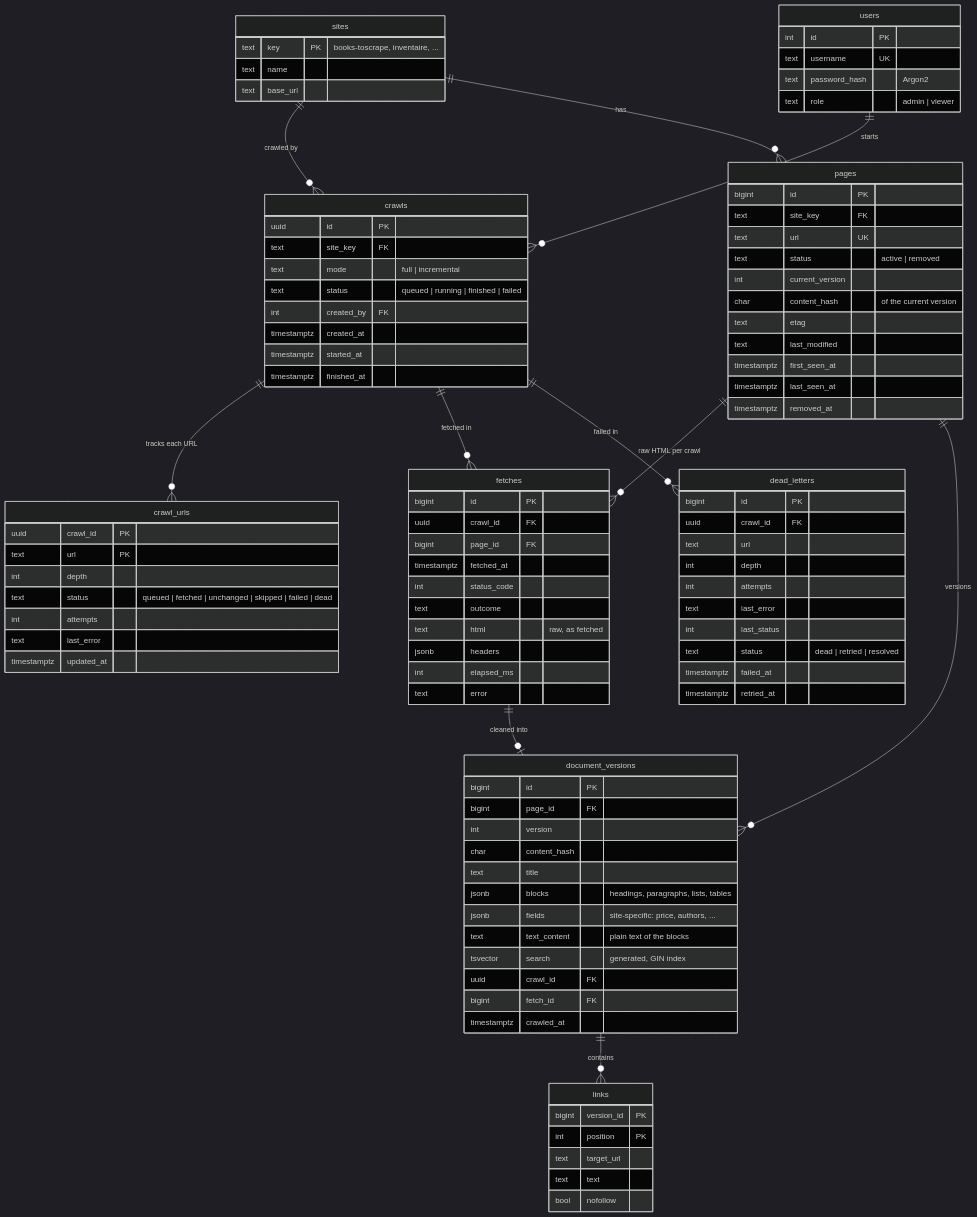
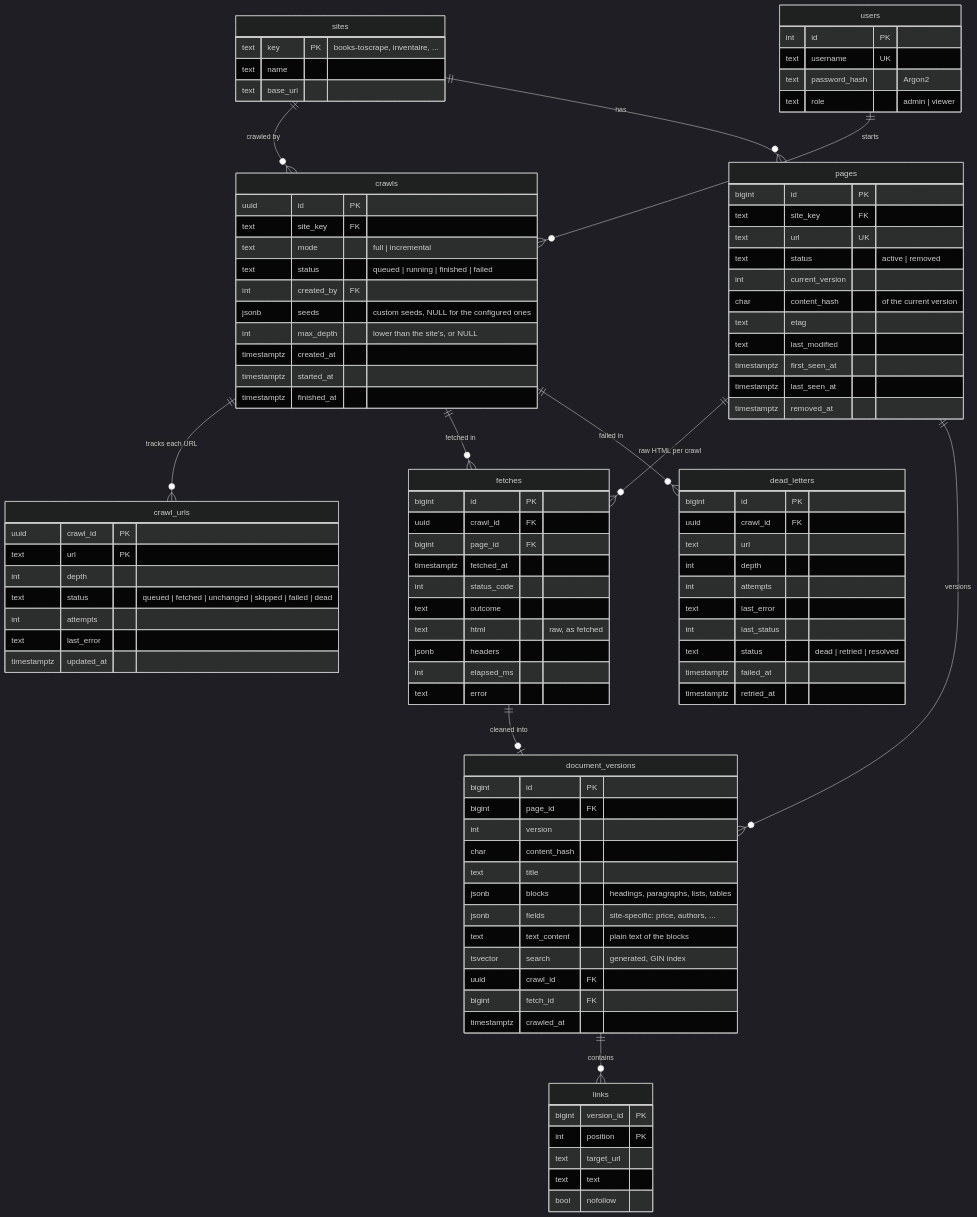
Before and after one commit to FadelHmd7/onRamp-WebScraper: the diagram in docs/phase1/DATA_MODEL.md, drawn with Mermaid (dark theme). The commit also changed 5 other files, not shown here.

```diff
--- a/docs/phase1/DATA_MODEL.md
+++ b/docs/phase1/DATA_MODEL.md
@@ -26,6 +26,8 @@
         text mode "full | incremental"
         text status "queued | running | finished | failed"
         int created_by FK
+        jsonb seeds "custom seeds, NULL for the configured ones"
+        int max_depth "lower than the site's, or NULL"
         timestamptz created_at
         timestamptz started_at
         timestamptz finished_at
```
